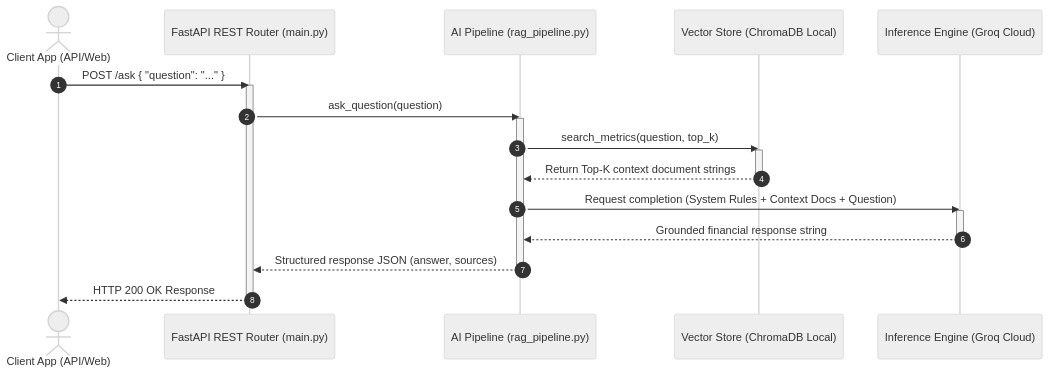
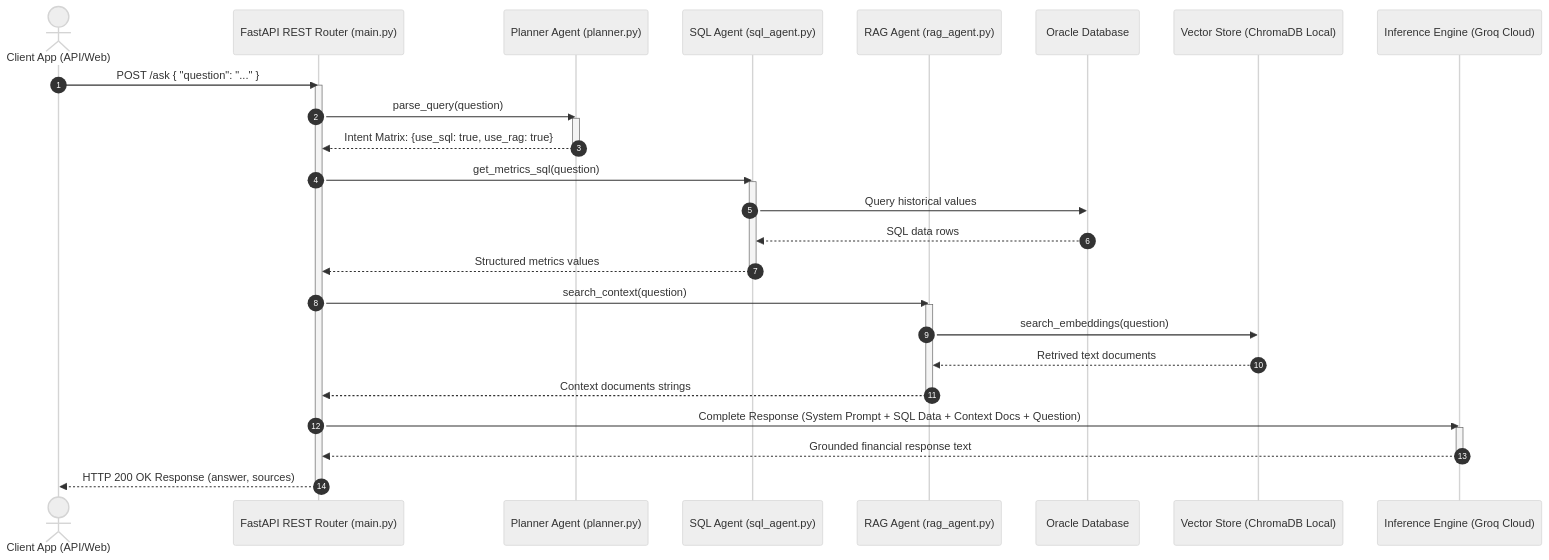
The third of 3 diagrams in docs/architecture/architecture.md (VED-VIVEK-TALMALEY/quantumlens-HSBC), drawn with Mermaid (neutral theme) before and after one commit. The commit also changed other lines of this file and 3 other files, not shown here.

````diff
--- a/docs/architecture/architecture.md
+++ b/docs/architecture/architecture.md
@@ -158,26 +176,41 @@
 ```mermaid
 sequenceDiagram
     autonumber
     actor User as Client App (API/Web)
     participant API as FastAPI REST Router (main.py)
-    participant RAG as AI Pipeline (rag_pipeline.py)
+    participant Planner as Planner Agent (planner.py)
+    participant SQLAgent as SQL Agent (sql_agent.py)
+    participant RAGAgent as RAG Agent (rag_agent.py)
+    participant Oracle as Oracle Database
     participant VectorDB as Vector Store (ChromaDB Local)
     participant LLM as Inference Engine (Groq Cloud)
 
     User->>API: POST /ask { "question": "..." }
     activate API
-    API->>RAG: ask_question(question)
-    activate RAG
-    RAG->>VectorDB: search_metrics(question, top_k)
-    activate VectorDB
-    VectorDB-->>RAG: Return Top-K context document strings
-    deactivate VectorDB
-    RAG->>LLM: Request completion (System Rules + Context Docs + Question)
+    API->>Planner: parse_query(question)
+    activate Planner
+    Planner-->>API: Intent Matrix: {use_sql: true, use_rag: true}
+    deactivate Planner
+    
+    API->>SQLAgent: get_metrics_sql(question)
+    activate SQLAgent
+    SQLAgent->>Oracle: Query historical values
+    Oracle-->>SQLAgent: SQL data rows
+    SQLAgent-->>API: Structured metrics values
+    deactivate SQLAgent
+
+    API->>RAGAgent: search_context(question)
+    activate RAGAgent
+    RAGAgent->>VectorDB: search_embeddings(question)
+    VectorDB-->>RAGAgent: Retrived text documents
+    RAGAgent-->>API: Context documents strings
+    deactivate RAGAgent
+
+    API->>LLM: Complete Response (System Prompt + SQL Data + Context Docs + Question)
     activate LLM
-    LLM-->>RAG: Grounded financial response string
+    LLM-->>API: Grounded financial response text
     deactivate LLM
-    RAG-->>API: Structured response JSON (answer, sources)
-    deactivate RAG
-    API-->>User: HTTP 200 OK Response
+
+    API-->>User: HTTP 200 OK Response (answer, sources)
     deactivate API
 ```
````
